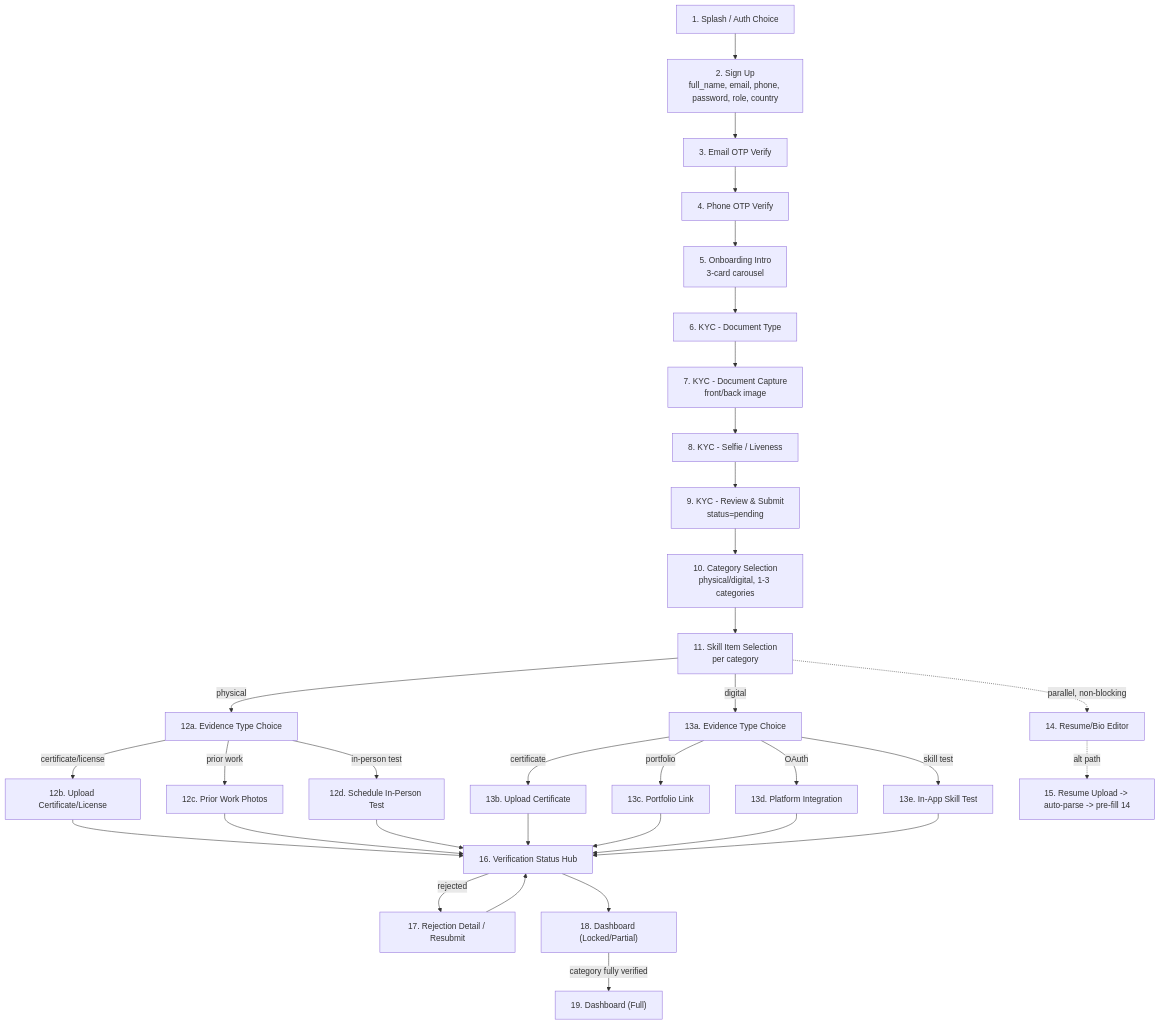
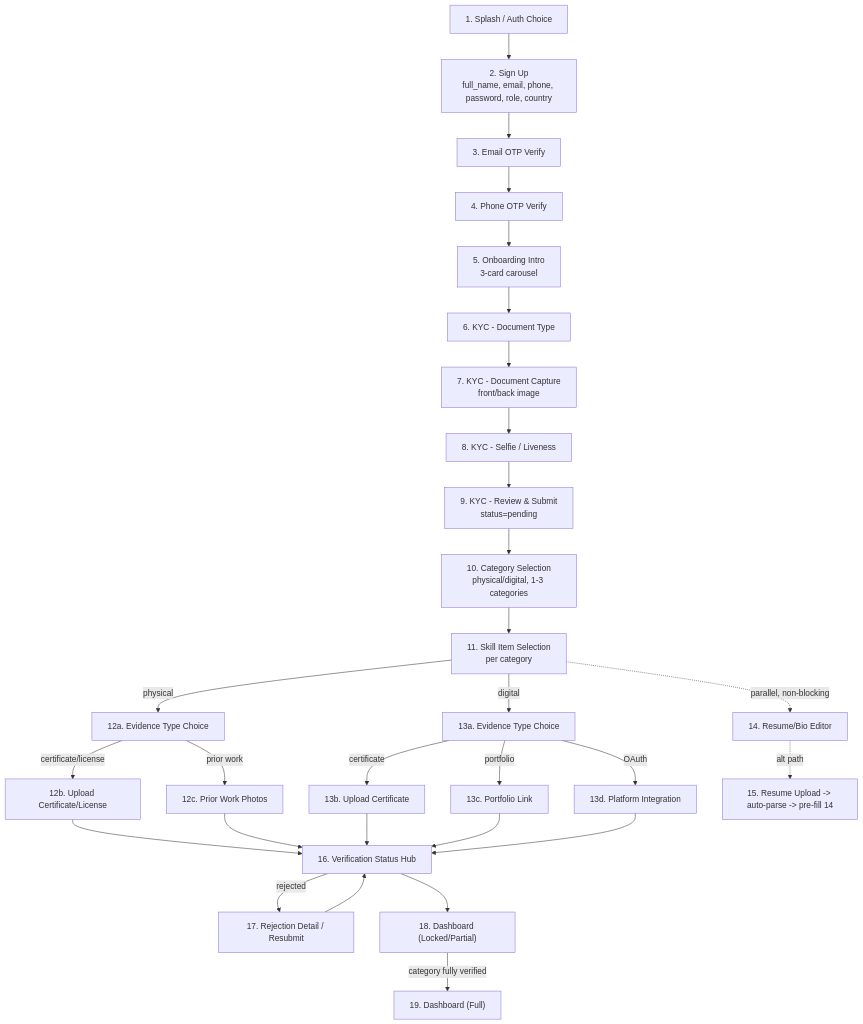
The second of 10 diagrams in docs/DO_IT_PROVIDER_ONBOARDING_skill_VERIFICATION_MERMAID.md (Ubaid123678/DO_IT_Platfom), drawn with Mermaid before and after one commit. The commit also changed other lines of this file and 16 other files, not shown here.

````diff
--- a/docs/DO_IT_PROVIDER_ONBOARDING_skill_VERIFICATION_MERMAID.md
+++ b/docs/DO_IT_PROVIDER_ONBOARDING_skill_VERIFICATION_MERMAID.md
@@ -40,34 +40,32 @@
 ```mermaid
 flowchart TD
     S1["1. Splash / Auth Choice"] --> S2["2. Sign Up\nfull_name, email, phone, password, role, country"]
     S2 --> S3["3. Email OTP Verify"]
     S3 --> S4["4. Phone OTP Verify"]
     S4 --> S5["5. Onboarding Intro\n3-card carousel"]
     S5 --> S6["6. KYC - Document Type"]
     S6 --> S7["7. KYC - Document Capture\nfront/back image"]
     S7 --> S8["8. KYC - Selfie / Liveness"]
     S8 --> S9["9. KYC - Review & Submit\nstatus=pending"]
     S9 --> S10["10. Category Selection\nphysical/digital, 1-3 categories"]
     S10 --> S11["11. Skill Item Selection\nper category"]
 
     S11 -->|physical| P1["12a. Evidence Type Choice"]
     S11 -->|digital| D1["13a. Evidence Type Choice"]
 
     P1 -->|certificate/license| P2["12b. Upload Certificate/License"]
     P1 -->|prior work| P3["12c. Prior Work Photos"]
-    P1 -->|in-person test| P4["12d. Schedule In-Person Test"]
 
     D1 -->|certificate| D2["13b. Upload Certificate"]
     D1 -->|portfolio| D3["13c. Portfolio Link"]
     D1 -->|OAuth| D4["13d. Platform Integration"]
-    D1 -->|skill test| D5["13e. In-App Skill Test"]
 
     S11 -.parallel, non-blocking.-> R1["14. Resume/Bio Editor"]
     R1 -.alt path.-> R2["15. Resume Upload -> auto-parse -> pre-fill 14"]
 
-    P2 & P3 & P4 & D2 & D3 & D4 & D5 --> V1["16. Verification Status Hub"]
+    P2 & P3 & D2 & D3 & D4 --> V1["16. Verification Status Hub"]
     V1 -->|rejected| V2["17. Rejection Detail / Resubmit"]
     V2 --> V1
     V1 --> DB1["18. Dashboard (Locked/Partial)"]
     DB1 -->|category fully verified| DB2["19. Dashboard (Full)"]
 ```
````
